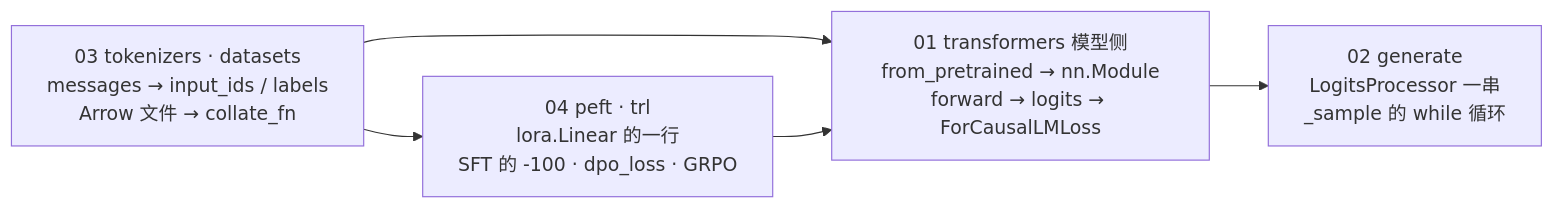
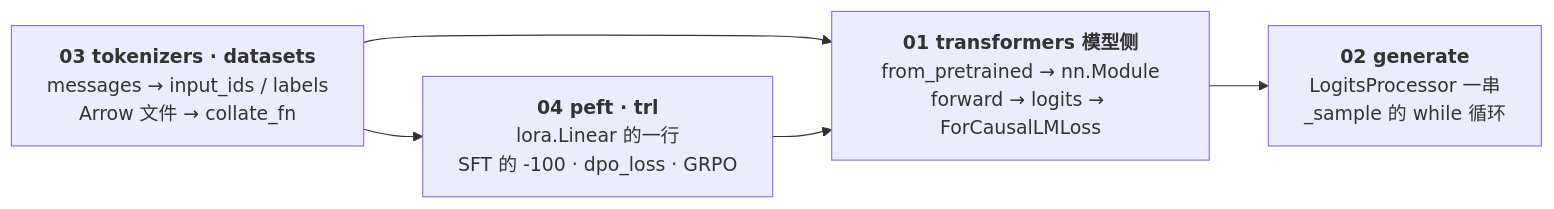
The diagram in _posts/2026-05-21-reading-hugging-face-source-code.md (arganzheng/arganzheng.github.com), drawn with Mermaid before and after one commit. The commit also changed 1 other file, not shown here.

Commit message:
读 Hugging Face 源码：从 from_pretrained 到 GRPO 的 loss：Mermaid 多行方框的首行标为标题（2 篇）
只在标签开头加 <b>…</b>，文字不变；长句、断句续行、代码 / 推演步骤、
并列行和判断菱形保持原样。

````diff
--- a/_posts/2026-05-21-reading-hugging-face-source-code.md
+++ b/_posts/2026-05-21-reading-hugging-face-source-code.md
@@ -63,9 +63,9 @@
 ```mermaid
 %%{init: {"flowchart": {"wrappingWidth": 260}}}%%
 %% 图：四篇沿一次 LoRA SFT 的数据流：第三篇的 tokenizers / datasets 造 input_ids 与 labels，第一篇的 transformers 模型算前向与 loss，第四篇的 peft 挂 LoRA、trl 给三种 Trainer，第二篇的 generate 是推理侧的出口
 flowchart LR
-    D["03 tokenizers · datasets<br/>messages → input_ids / labels<br/>Arrow 文件 → collate_fn"] --> M["01 transformers 模型侧<br/>from_pretrained → nn.Module<br/>forward → logits → ForCausalLMLoss"]
-    M --> G["02 generate<br/>LogitsProcessor 一串<br/>_sample 的 while 循环"]
-    P["04 peft · trl<br/>lora.Linear 的一行<br/>SFT 的 -100 · dpo_loss · GRPO"] --> M
+    D["<b>03 tokenizers · datasets</b><br/>messages → input_ids / labels<br/>Arrow 文件 → collate_fn"] --> M["<b>01 transformers 模型侧</b><br/>from_pretrained → nn.Module<br/>forward → logits → ForCausalLMLoss"]
+    M --> G["<b>02 generate</b><br/>LogitsProcessor 一串<br/>_sample 的 while 循环"]
+    P["<b>04 peft · trl</b><br/>lora.Linear 的一行<br/>SFT 的 -100 · dpo_loss · GRPO"] --> M
     D --> P
 ```
````
